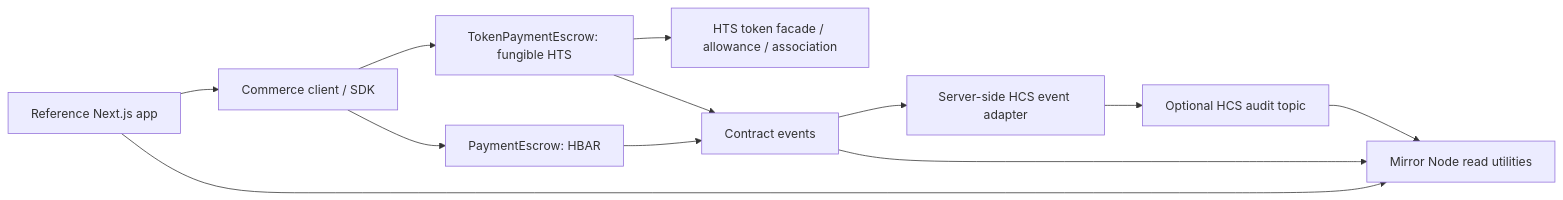
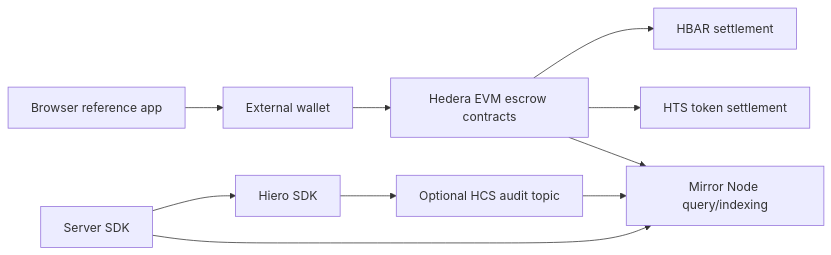
The first of 2 diagrams in docs/architecture.md (gethsun1/hedera-commerce-rail), drawn with Mermaid before and after one commit. The commit also changed other lines of this file and 10 other files, not shown here.

````diff
--- a/docs/architecture.md
+++ b/docs/architecture.md
@@ -29,14 +29,12 @@
 ```mermaid
 flowchart LR
-  UI[Reference Next.js app] --> SDK[Commerce client / SDK]
-  SDK --> HBAR[PaymentEscrow: HBAR]
-  SDK --> TOKEN[TokenPaymentEscrow: fungible HTS]
-  TOKEN --> HTS[HTS token facade / allowance / association]
-  HBAR --> EVMEvents[Contract events]
-  TOKEN --> EVMEvents
-  EVMEvents --> Adapter[Server-side HCS event adapter]
-  Adapter --> HCS[Optional HCS audit topic]
-  UI --> Mirror[Mirror Node read utilities]
-  EVMEvents --> Mirror
+  Browser[Browser reference app] --> Wallet[External wallet]
+  Wallet --> Contracts[Hedera EVM escrow contracts]
+  Contracts --> HBAR[HBAR settlement]
+  Contracts --> HTS[HTS token settlement]
+  ServerSDK[Server SDK] --> Hiero[Hiero SDK]
+  Hiero --> HCS[Optional HCS audit topic]
+  ServerSDK --> Mirror[Mirror Node query/indexing]
+  Contracts --> Mirror
   HCS --> Mirror
 ```
````
